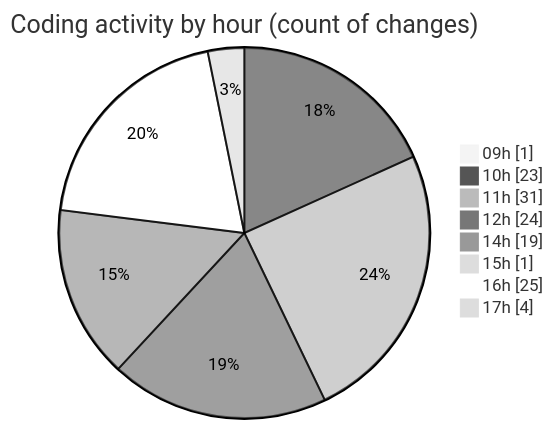
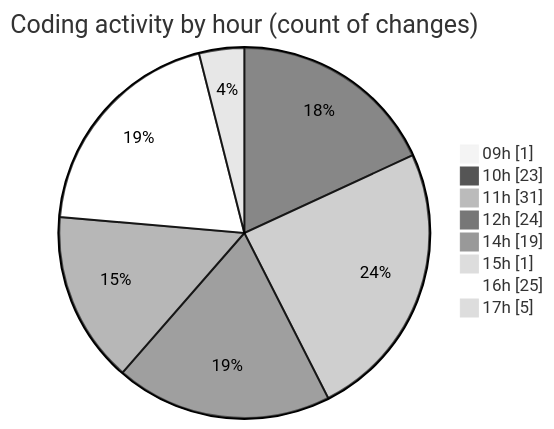
The second of 2 diagrams in 2026-10-20/cda/README.md (momahboobian/code-tracking), drawn with Mermaid (neutral theme) before and after one commit. The commit also changed other lines of this file and 1 other file, not shown here.

````diff
--- a/2026-10-20/cda/README.md
+++ b/2026-10-20/cda/README.md
@@ -63,12 +63,12 @@
 ```mermaid
 pie showData
 title Coding activity by hour (count of changes)
 "09h" : 1
 "10h" : 23
 "11h" : 31
 "12h" : 24
 "14h" : 19
 "15h" : 1
 "16h" : 25
-"17h" : 4
+"17h" : 5
 ```
````
